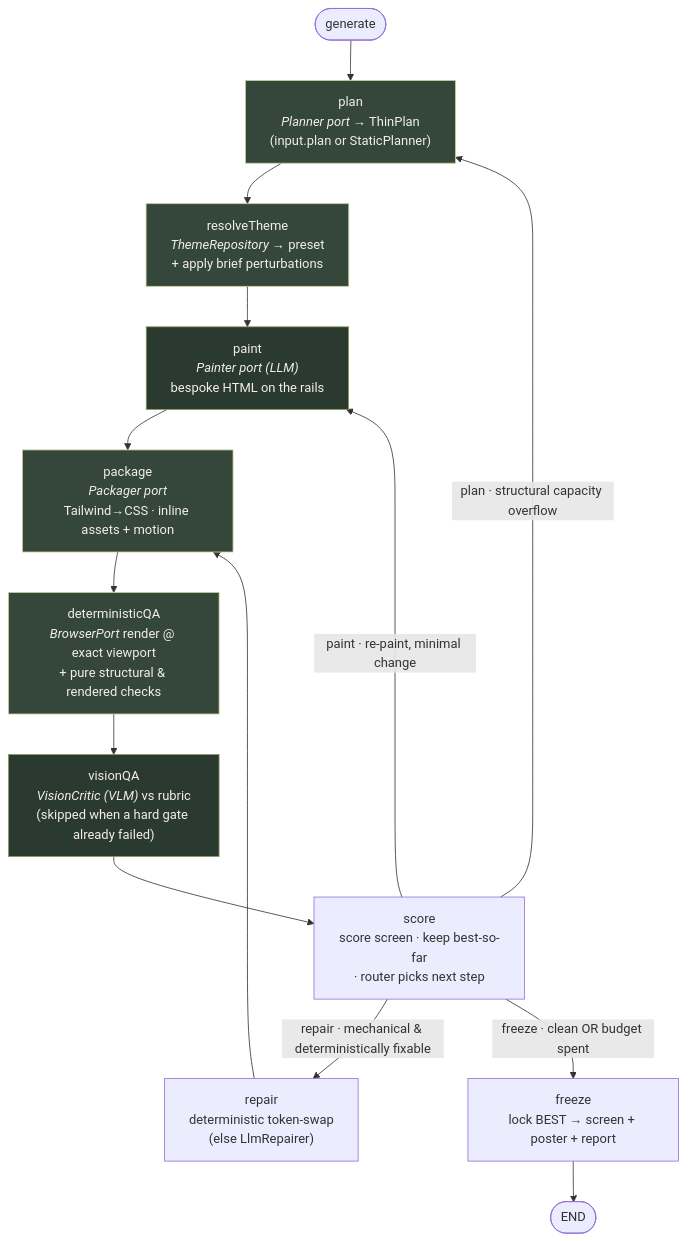
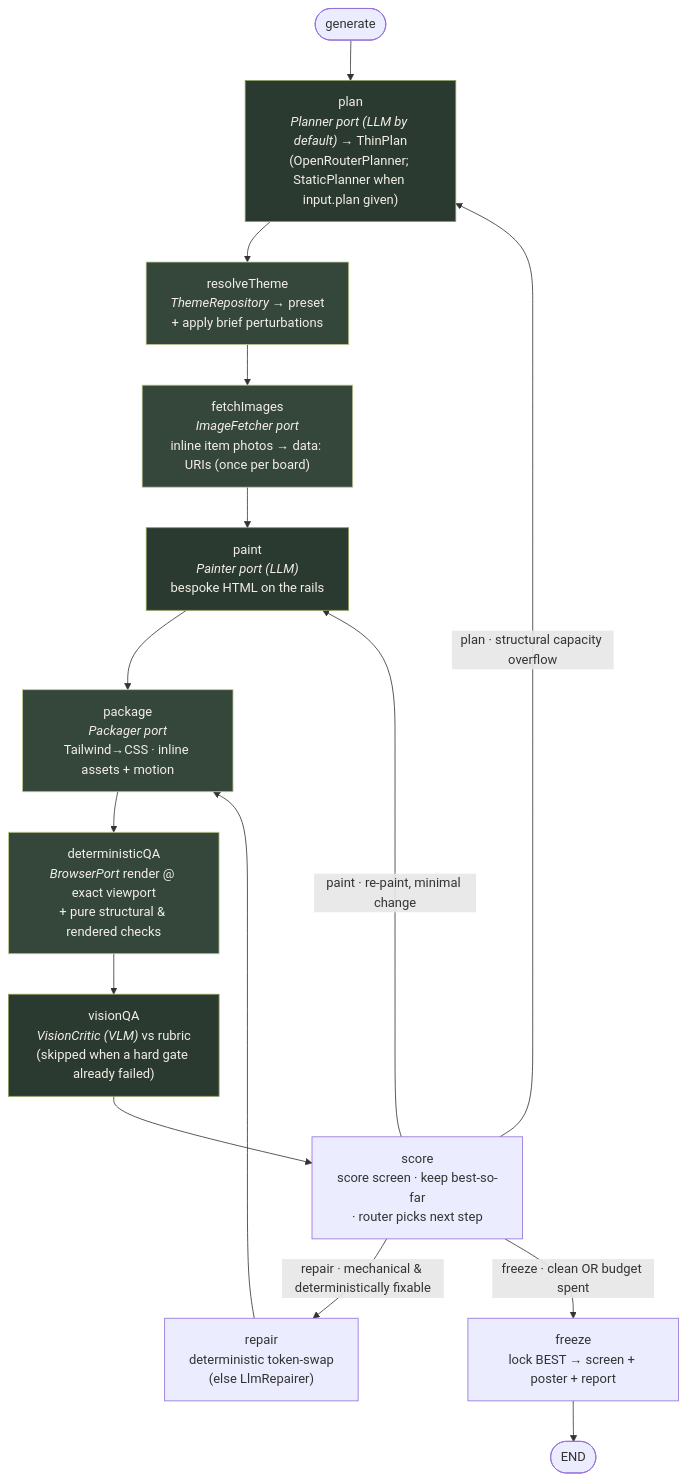
The second of 6 diagrams in ARCHITECTURE.md (kalyanram23/sf-content-engine), drawn with Mermaid before and after one commit. The commit also changed other lines of this file and 54 other files, not shown here.

````diff
--- a/ARCHITECTURE.md
+++ b/ARCHITECTURE.md
@@ -60,28 +60,29 @@
 ```mermaid
 flowchart TD
     GO([generate]) --> PLAN
 
-    PLAN["plan<br/><i>Planner port</i> → ThinPlan<br/>(input.plan or StaticPlanner)"]
+    PLAN["plan<br/><i>Planner port (LLM by default)</i> → ThinPlan<br/>(OpenRouterPlanner; StaticPlanner when input.plan given)"]
     THEME["resolveTheme<br/><i>ThemeRepository</i> → preset<br/>+ apply brief perturbations"]
+    FETCH["fetchImages<br/><i>ImageFetcher port</i><br/>inline item photos → data: URIs (once per board)"]
     PAINT["paint<br/><i>Painter port (LLM)</i><br/>bespoke HTML on the rails"]
     PKG["package<br/><i>Packager port</i><br/>Tailwind→CSS · inline assets + motion"]
     DQA["deterministicQA<br/><i>BrowserPort</i> render @ exact viewport<br/>+ pure structural &amp; rendered checks"]
     VQA["visionQA<br/><i>VisionCritic (VLM)</i> vs rubric<br/>(skipped when a hard gate already failed)"]
     SCORE["score<br/>score screen · keep best-so-far<br/>· router picks next step"]
     REPAIR["repair<br/>deterministic token-swap<br/>(else LlmRepairer)"]
     FREEZE["freeze<br/>lock BEST → screen + poster + report"]
     DONE([END])
 
-    PLAN --> THEME --> PAINT --> PKG --> DQA --> VQA --> SCORE
+    PLAN --> THEME --> FETCH --> PAINT --> PKG --> DQA --> VQA --> SCORE
     REPAIR --> PKG
     SCORE -->|"repair · mechanical &amp; deterministically fixable"| REPAIR
     SCORE -->|"paint · re-paint, minimal change"| PAINT
     SCORE -->|"plan · structural capacity overflow"| PLAN
     SCORE -->|"freeze · clean OR budget spent"| FREEZE
     FREEZE --> DONE
 
     classDef llm fill:#2b3a31,color:#f3efe6,stroke:#8a9a5b;
     classDef io fill:#35463b,color:#f3efe6,stroke:#c2cf95;
-    class PAINT,VQA llm;
-    class PLAN,THEME,PKG,DQA io;
+    class PLAN,PAINT,VQA llm;
+    class THEME,FETCH,PKG,DQA io;
 ```
````
